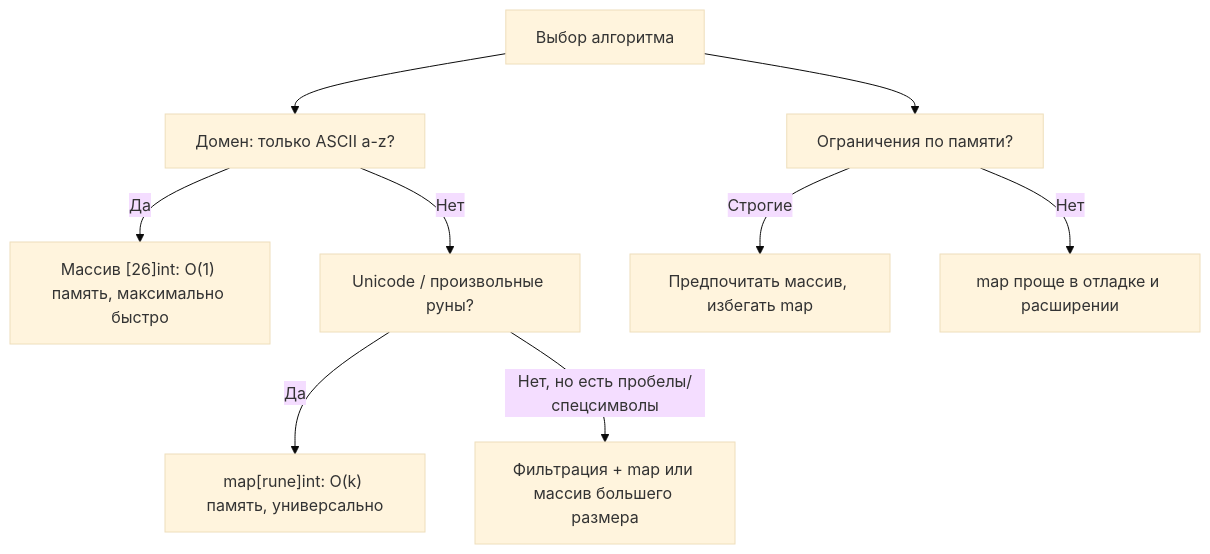
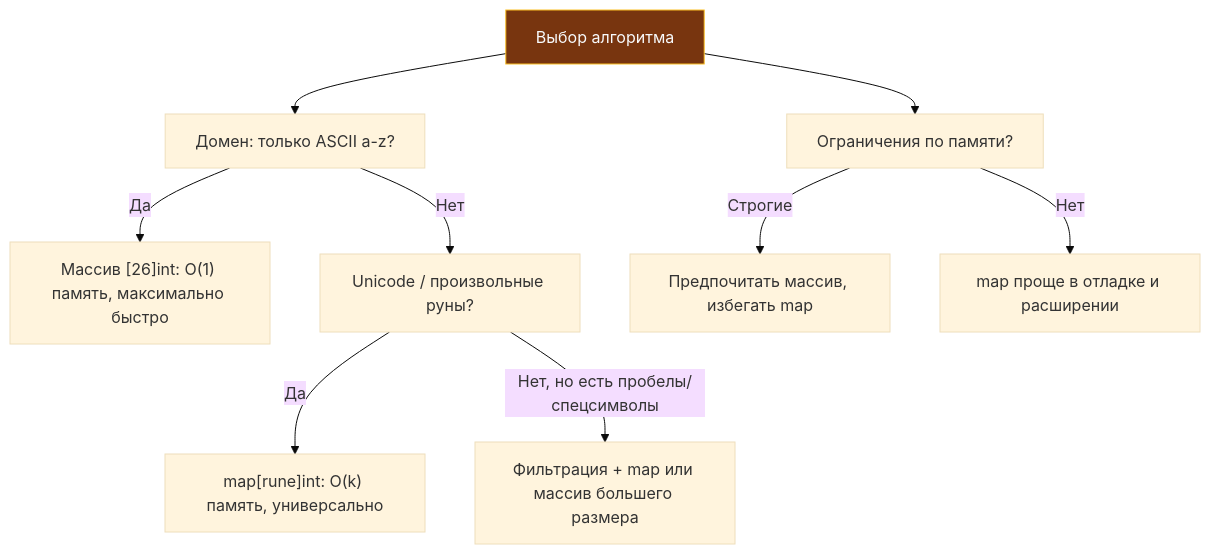
One commit to UnrealTemplier/go-textbook changed the second of 3 diagrams in sources/21. Задачи с LeetCode и собеседований на Go/02. Задачи/25. Строки/3. Valid Anagram.md. Above: the diagram before and after it, drawn with Mermaid (base theme). The commit also changed other lines of this file and 1666 other files, not shown here.

First line of the commit message:
feat(mermaid): add semantic color classDef to 1369 colorless flowchart/graph diagrams

````diff
--- a/sources/21. Задачи с LeetCode и собеседований на Go/02. Задачи/25. Строки/3. Valid Anagram.md
+++ b/sources/21. Задачи с LeetCode и собеседований на Go/02. Задачи/25. Строки/3. Valid Anagram.md
@@ -312,11 +322,21 @@
 ```mermaid
 flowchart TD
-    A["Выбор алгоритма"] --> B["Домен: только ASCII a-z?"]
+    classDef process  fill:#1e293b,stroke:#38bdf8,stroke-width:1px,color:#f8fafc
+    classDef success  fill:#064e3b,stroke:#34d399,stroke-width:1px,color:#f8fafc
+    classDef error    fill:#7f1d1d,stroke:#f87171,stroke-width:1px,color:#f8fafc
+    classDef warning  fill:#78350f,stroke:#fbbf24,stroke-width:1px,color:#f8fafc
+    classDef entry    fill:#1e3a5f,stroke:#38bdf8,stroke-width:2px,color:#f8fafc
+    classDef aux      fill:#334155,stroke:#64748b,stroke-width:1px,color:#f8fafc
+    classDef system   fill:#312e81,stroke:#a78bfa,stroke-width:1px,color:#f8fafc
+    classDef data     fill:#132d29,stroke:#2dd4bf,stroke-width:1px,color:#f8fafc
+    classDef network  fill:#881337,stroke:#fb7185,stroke-width:1px,color:#f8fafc
+    classDef accent   fill:#1e1b4b,stroke:#818cf8,stroke-width:1px,color:#f8fafc
+    A["Выбор алгоритма"]:::warning --> B["Домен: только ASCII a-z?"]
     B -->|Да| C["Массив [26]int: O(1) память, максимально быстро"]
     B -->|Нет| D["Unicode / произвольные руны?"]
     D -->|Да| E["map[rune]int: O(k) память, универсально"]
     D -->|Нет, но есть пробелы/спецсимволы| F["Фильтрация + map или массив большего размера"]
     A --> G["Ограничения по памяти?"]
     G -->|Строгие| H["Предпочитать массив, избегать map"]
     G -->|Нет| I["map проще в отладке и расширении"]
 ```
````
